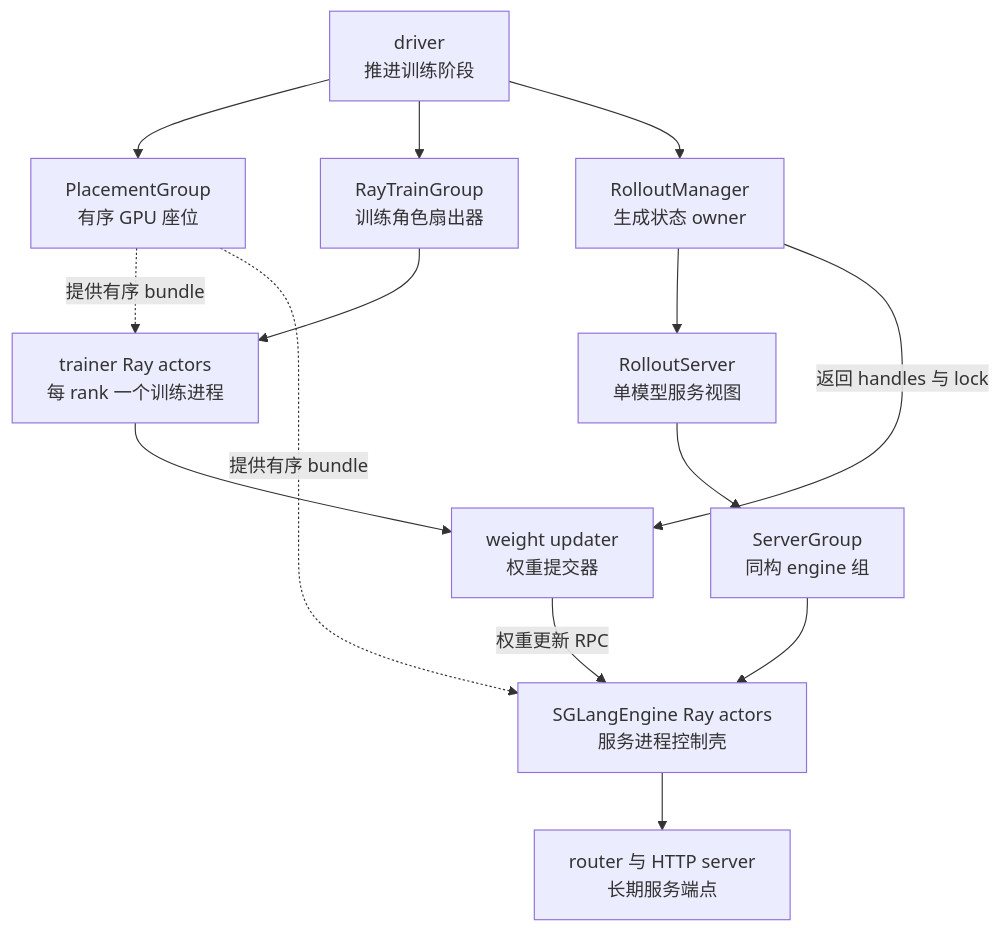
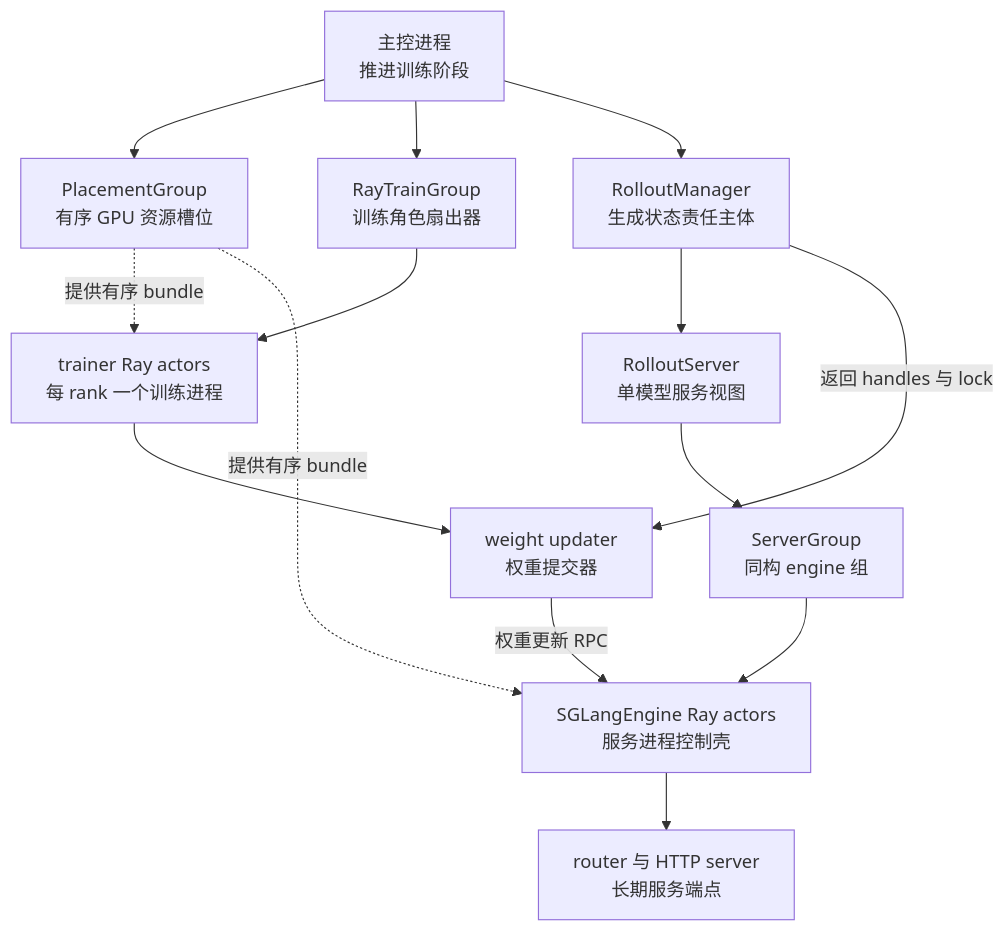
Before and after one commit to suhaibo666/llm-knowledge: the first of 3 diagrams in wiki/02_engineering/04_posttrain_frameworks/slime/11_slime_ray_control_plane_analysis.md, drawn with Mermaid. The commit also changed other lines of this file and 21 other files, not shown here.

````diff
--- a/wiki/02_engineering/04_posttrain_frameworks/slime/11_slime_ray_control_plane_analysis.md
+++ b/wiki/02_engineering/04_posttrain_frameworks/slime/11_slime_ray_control_plane_analysis.md
@@ -31,21 +31,21 @@
 ```mermaid
 flowchart TB
-    D["driver<br/>推进训练阶段"]
-    PG["PlacementGroup<br/>有序 GPU 座位"]
+    D["主控进程<br/>推进训练阶段"]
+    PG["PlacementGroup<br/>有序 GPU 资源槽位"]
     TG["RayTrainGroup<br/>训练角色扇出器"]
-    RM["RolloutManager<br/>生成状态 owner"]
+    RM["RolloutManager<br/>生成状态责任主体"]
     RS["RolloutServer<br/>单模型服务视图"]
     SG["ServerGroup<br/>同构 engine 组"]
     TA["trainer Ray actors<br/>每 rank 一个训练进程"]
     EA["SGLangEngine Ray actors<br/>服务进程控制壳"]
     RT["router 与 HTTP server<br/>长期服务端点"]
     WU["weight updater<br/>权重提交器"]
     D --> PG
     D --> TG --> TA
     D --> RM --> RS --> SG --> EA --> RT
     PG -.->|提供有序 bundle| TA
     PG -.->|提供有序 bundle| EA
     TA --> WU
     WU -->|权重更新 RPC| EA
     RM -->|返回 handles 与 lock| WU
 ```
````
